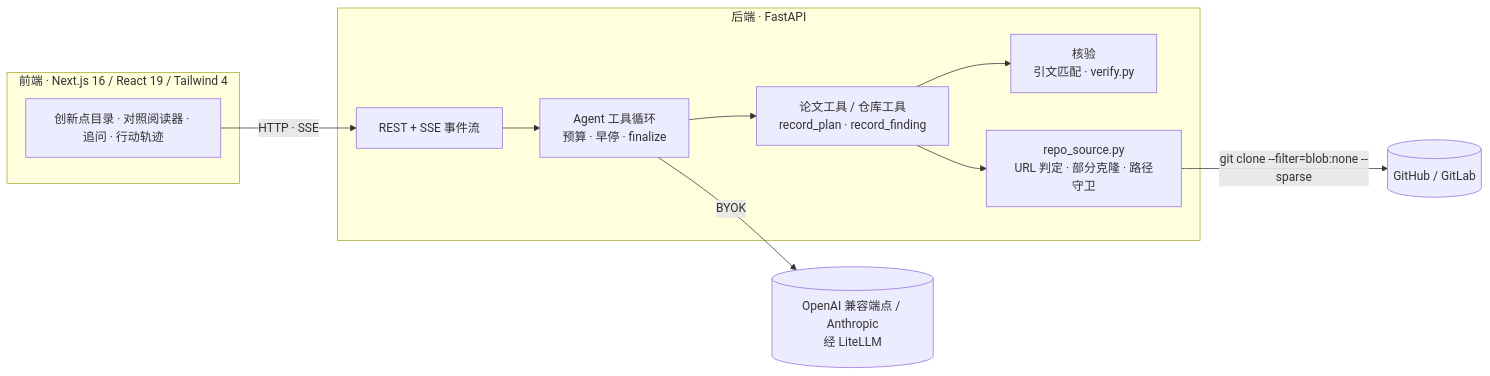
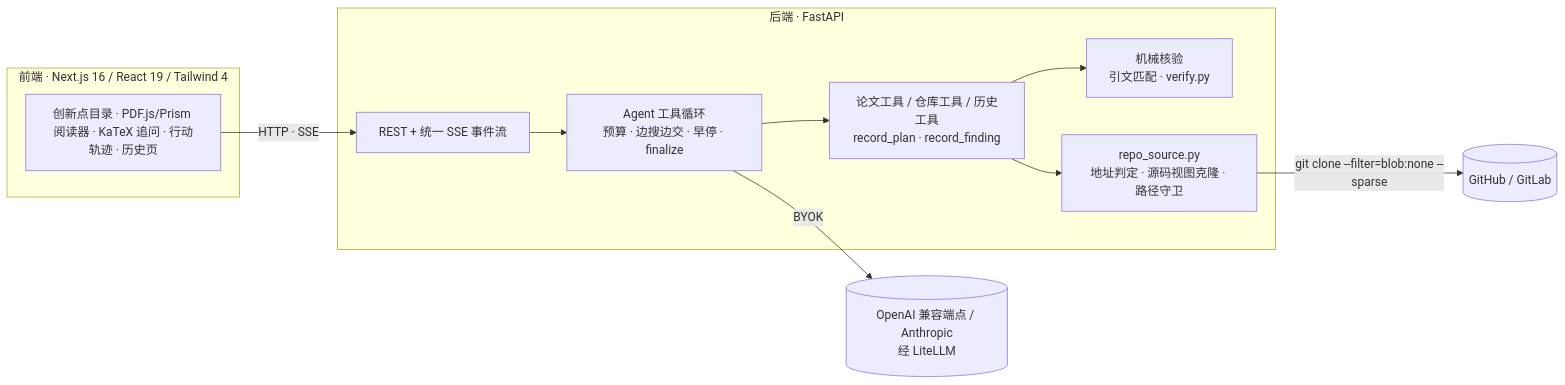
Before and after one commit to Anatkhior/Paper2Code: the second of 2 diagrams in readme_CH.md, drawn with Mermaid. The commit also changed other lines of this file and 1 other file, not shown here.

````diff
--- a/readme_CH.md
+++ b/readme_CH.md
@@ -77,22 +76,22 @@
 ```mermaid
 flowchart LR
     subgraph FE["前端 · Next.js 16 / React 19 / Tailwind 4"]
-        UI["创新点目录 · 对照阅读器 · 追问 · 行动轨迹"]
+        UI["创新点目录 · PDF.js/Prism 阅读器 · KaTeX 追问 · 行动轨迹 · 历史页"]
     end
     subgraph BE["后端 · FastAPI"]
-        API["REST + SSE 事件流"]
-        LOOP["Agent 工具循环<br/>预算 · 早停 · finalize"]
-        TOOLS["论文工具 / 仓库工具<br/>record_plan · record_finding"]
-        VERIFY["核验<br/>引文匹配 · verify.py"]
-        REPO["repo_source.py<br/>URL 判定 · 部分克隆 · 路径守卫"]
+        API["REST + 统一 SSE 事件流"]
+        LOOP["Agent 工具循环<br/>预算 · 边搜边交 · 早停 · finalize"]
+        TOOLS["论文工具 / 仓库工具 / 历史工具<br/>record_plan · record_finding"]
+        VERIFY["机械核验<br/>引文匹配 · verify.py"]
+        REPO["repo_source.py<br/>地址判定 · 源码视图克隆 · 路径守卫"]
     end
     LLM[("OpenAI 兼容端点 / Anthropic<br/>经 LiteLLM")]
     HOST[("GitHub / GitLab")]
     UI -->|"HTTP · SSE"| API
     API --> LOOP
     LOOP -->|"BYOK"| LLM
     LOOP --> TOOLS
     TOOLS --> VERIFY
     TOOLS --> REPO
     REPO -->|"git clone --filter=blob:none --sparse"| HOST
 ```
````
